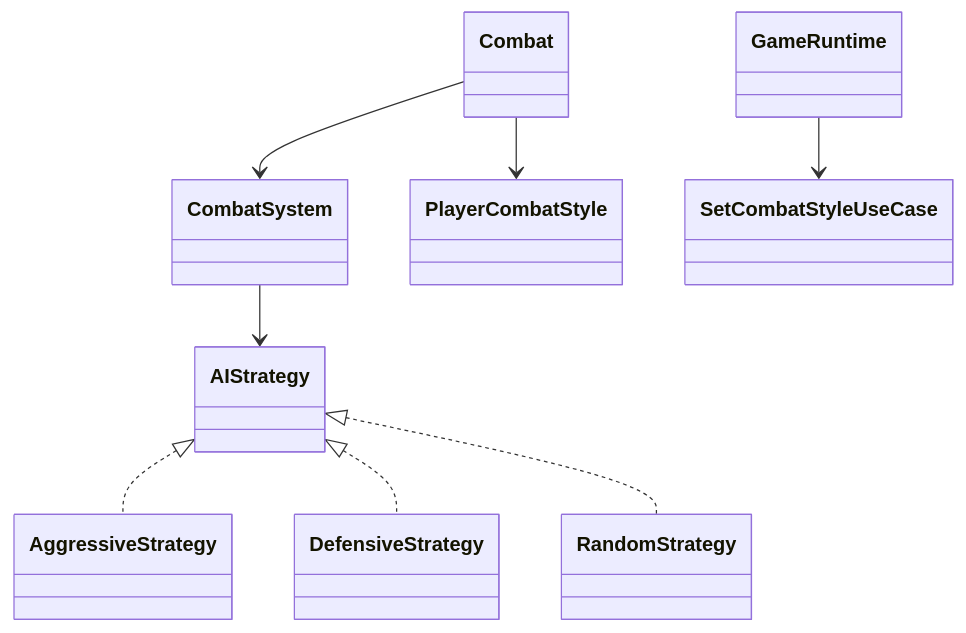
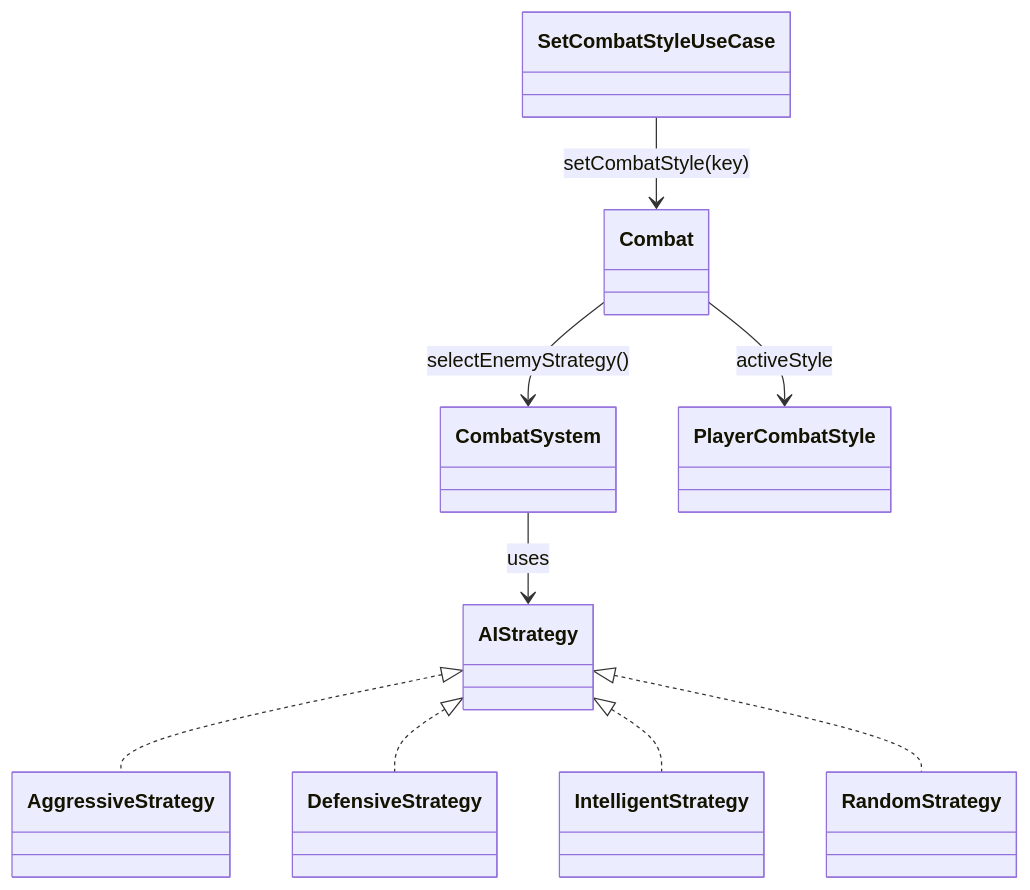
The diagram in docs/03-patterns/strategy.md (Craos6518/dungeon-crawler-patterns), drawn with Mermaid before and after one commit. The commit also changed other lines of this file and 52 other files, not shown here.

````diff
--- a/docs/03-patterns/strategy.md
+++ b/docs/03-patterns/strategy.md
@@ -29,10 +34,11 @@
 ```mermaid
 classDiagram
-    Combat --> CombatSystem
-    CombatSystem --> AIStrategy
+    Combat --> CombatSystem : selectEnemyStrategy()
+    CombatSystem --> AIStrategy : uses
     AIStrategy <|.. AggressiveStrategy
     AIStrategy <|.. DefensiveStrategy
+    AIStrategy <|.. IntelligentStrategy
     AIStrategy <|.. RandomStrategy
-    Combat --> PlayerCombatStyle
-    GameRuntime --> SetCombatStyleUseCase
+    Combat --> PlayerCombatStyle : activeStyle
+    SetCombatStyleUseCase --> Combat : setCombatStyle(key)
 ```
````
